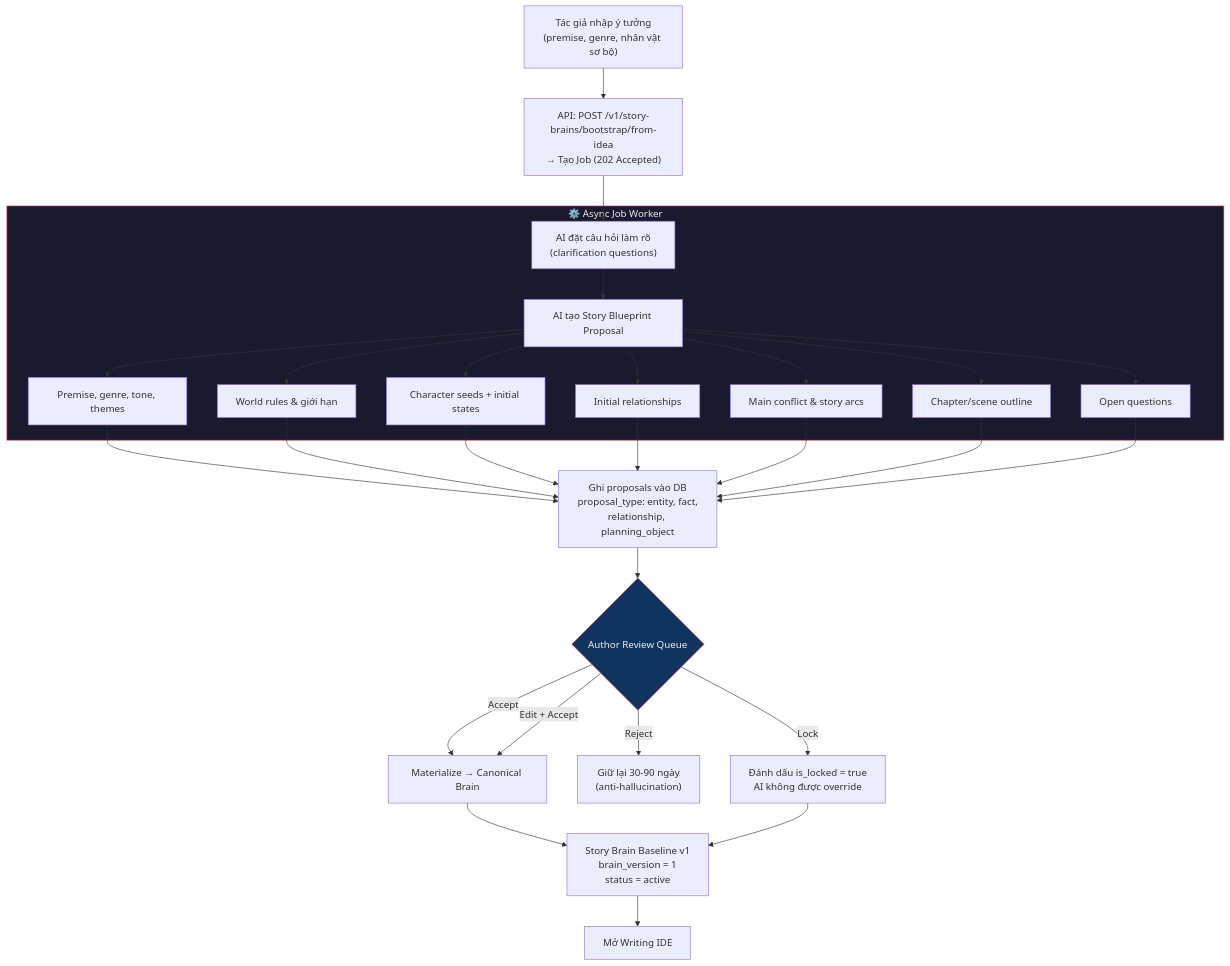
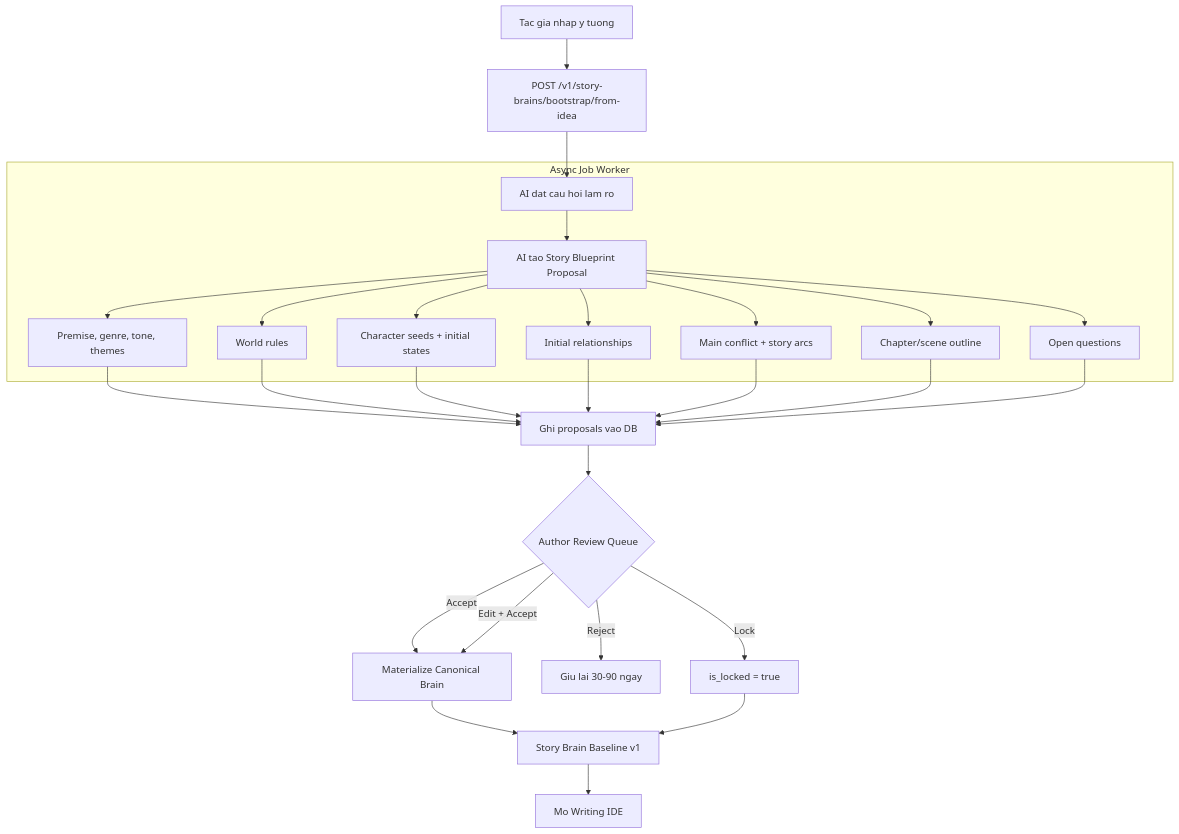
The second of 8 diagrams in docs/PIPELINE.md (Ephurin/Novel_sharing_platform), drawn with Mermaid before and after one commit. The commit also changed other lines of this file, not shown here.

Commit message:
fix(docs): format mermaid diagrams in PIPELINE.md for GitHub preview compatibility

````diff
--- a/docs/PIPELINE.md
+++ b/docs/PIPELINE.md
@@ -87,38 +87,41 @@
 ```mermaid
 flowchart TD
-    A["Tác giả nhập ý tưởng<br/>(premise, genre, nhân vật sơ bộ)"] --> B
+    A["Tac gia nhap y tuong"] --> B
 
-    B["API: POST /v1/story-brains/bootstrap/from-idea<br/>→ Tạo Job (202 Accepted)"]
+    B["POST /v1/story-brains/bootstrap/from-idea"]
     B --> C
 
-    subgraph JobWorker["⚙️ Async Job Worker"]
-        C["AI đặt câu hỏi làm rõ<br/>(clarification questions)"]
-        C --> D["AI tạo Story Blueprint Proposal"]
+    subgraph JobWorker["Async Job Worker"]
+        C["AI dat cau hoi lam ro"]
+        C --> D["AI tao Story Blueprint Proposal"]
         D --> D1["Premise, genre, tone, themes"]
-        D --> D2["World rules & giới hạn"]
+        D --> D2["World rules"]
         D --> D3["Character seeds + initial states"]
         D --> D4["Initial relationships"]
-        D --> D5["Main conflict & story arcs"]
+        D --> D5["Main conflict + story arcs"]
         D --> D6["Chapter/scene outline"]
         D --> D7["Open questions"]
     end
 
-    D1 & D2 & D3 & D4 & D5 & D6 & D7 --> E
+    D1 --> E
+    D2 --> E
+    D3 --> E
+    D4 --> E
+    D5 --> E
+    D6 --> E
+    D7 --> E
 
-    E["Ghi proposals vào DB<br/>proposal_type: entity, fact,<br/>relationship, planning_object"]
+    E["Ghi proposals vao DB"]
     E --> F
 
     F{"Author Review Queue"}
-    F -->|Accept| G["Materialize → Canonical Brain"]
+    F -->|Accept| G["Materialize Canonical Brain"]
     F -->|Edit + Accept| G
-    F -->|Reject| H["Giữ lại 30-90 ngày<br/>(anti-hallucination)"]
-    F -->|Lock| I["Đánh dấu is_locked = true<br/>AI không được override"]
+    F -->|Reject| H["Giu lai 30-90 ngay"]
+    F -->|Lock| I["is_locked = true"]
 
-    G --> J["Story Brain Baseline v1<br/>brain_version = 1<br/>status = active"]
+    G --> J["Story Brain Baseline v1"]
     I --> J
 
-    J --> K["Mở Writing IDE"]
-
-    style JobWorker fill:#1a1a2e,stroke:#e94560,color:#eee
-    style F fill:#0f3460,stroke:#e94560,color:#eee
+    J --> K["Mo Writing IDE"]
 ```
````
